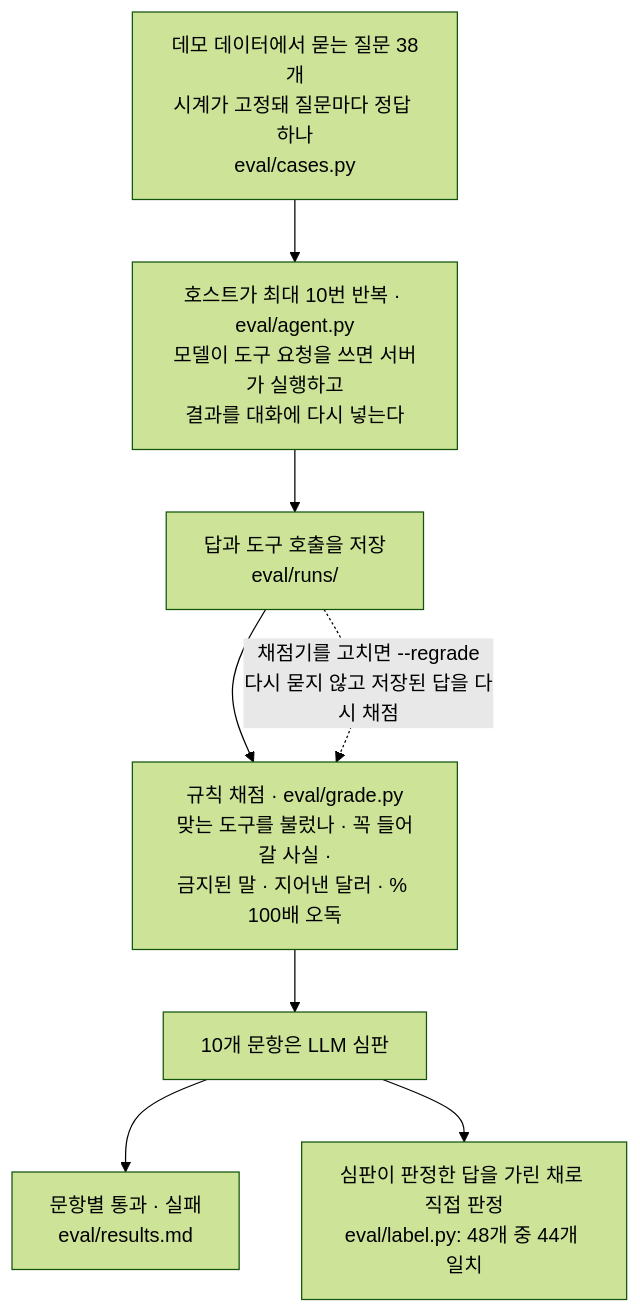
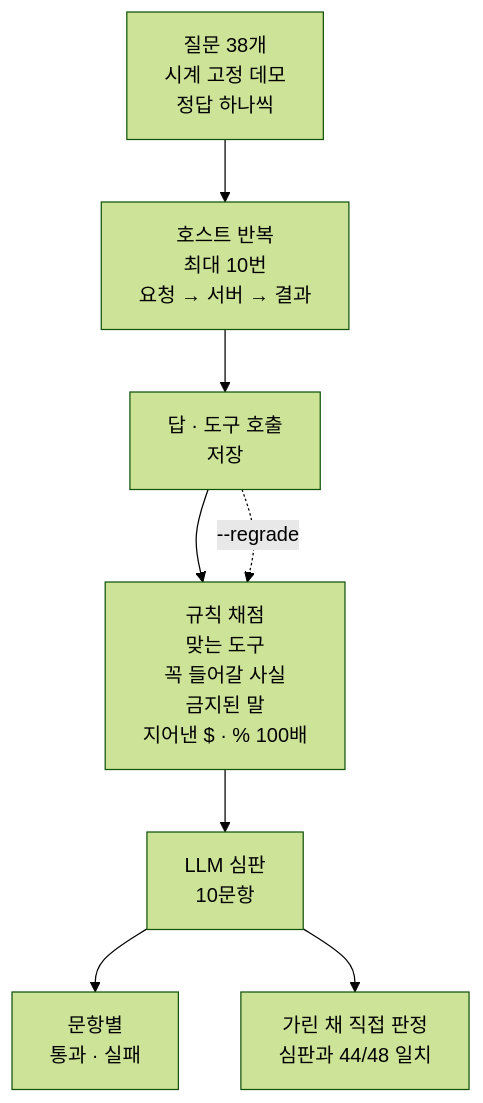
Before and after one commit to swanmun/bot-ops-mcp: the second of 2 diagrams in README.ko.md, drawn with Mermaid (forest theme). The commit also changed other lines of this file and 1 other file, not shown here.

Commit message:
README diagrams: shorter lines so the boxes do not wrap mid-word on GitHub (Korean 1:1)

````diff
--- a/README.ko.md
+++ b/README.ko.md
@@ -82,10 +82,10 @@
 ```mermaid
 flowchart TD
-    C["데모 데이터에서 묻는 질문 38개<br/>시계가 고정돼 질문마다 정답 하나<br/>eval/cases.py"] --> H
-    H["호스트가 최대 10번 반복 · eval/agent.py<br/>모델이 도구 요청을 쓰면 서버가 실행하고<br/>결과를 대화에 다시 넣는다"] --> ANS
-    ANS["답과 도구 호출을 저장<br/>eval/runs/"] --> RG
-    RG["규칙 채점 · eval/grade.py<br/>맞는 도구를 불렀나 · 꼭 들어갈 사실 ·<br/>금지된 말 · 지어낸 달러 · % 100배 오독"] --> J
-    J["10개 문항은 LLM 심판"] --> RES["문항별 통과 · 실패<br/>eval/results.md"]
-    J --> HL["심판이 판정한 답을 가린 채로 직접 판정<br/>eval/label.py: 48개 중 44개 일치"]
-    ANS -.->|"채점기를 고치면 --regrade<br/>다시 묻지 않고 저장된 답을 다시 채점"| RG
+    C["질문 38개<br/>시계 고정 데모<br/>정답 하나씩"] --> H["호스트 반복<br/>최대 10번<br/>요청 → 서버 → 결과"]
+    H --> ANS["답 · 도구 호출<br/>저장"]
+    ANS --> RG["규칙 채점<br/>맞는 도구<br/>꼭 들어갈 사실<br/>금지된 말<br/>지어낸 $ · % 100배"]
+    RG --> J["LLM 심판<br/>10문항"]
+    J --> RES["문항별<br/>통과 · 실패"]
+    J --> HL["가린 채 직접 판정<br/>심판과 44/48 일치"]
+    ANS -.->|"--regrade"| RG
 ```
````
